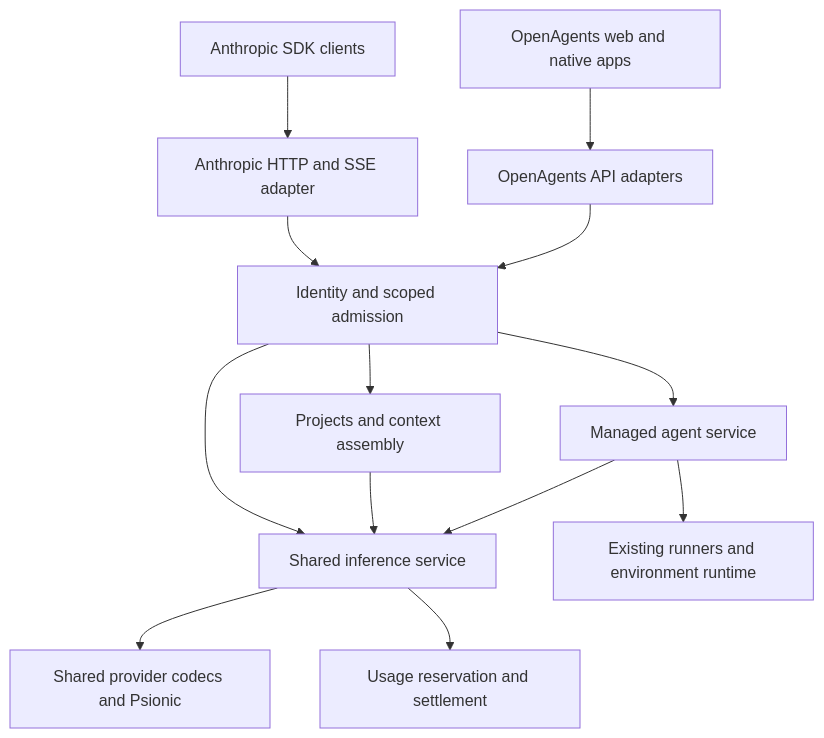
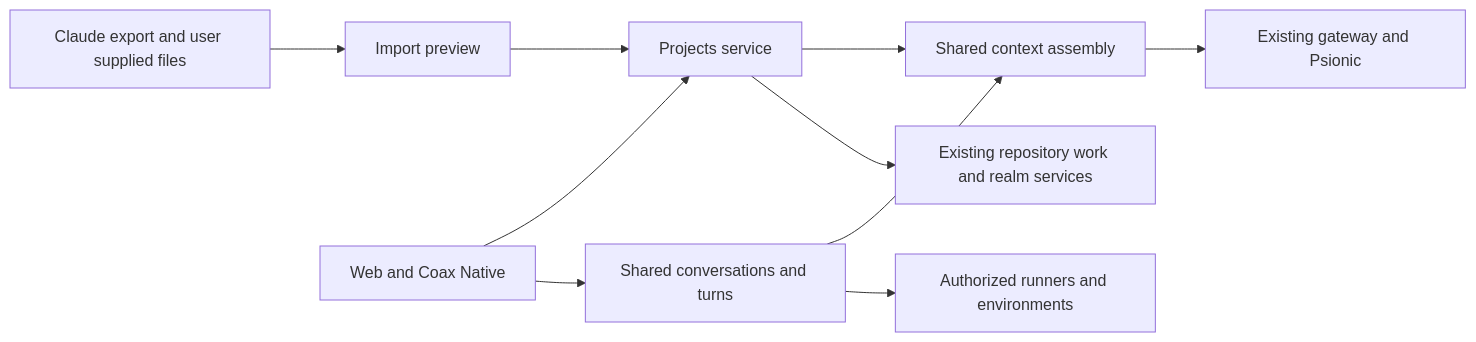
The diagram in docs/anthropic/implementation-plan.md (OpenAgentsInc/openagents), drawn with Mermaid before and after one commit. The commit also changed other lines of this file, not shown here.

First line of the commit message:
docs: define Projects API around easy Claude migration

````diff
--- a/docs/anthropic/implementation-plan.md
+++ b/docs/anthropic/implementation-plan.md
@@ -100,15 +93,12 @@
 ```mermaid
-flowchart TD
-  SDK[Anthropic SDK clients] --> HTTP[Anthropic HTTP and SSE adapter]
-  Apps[OpenAgents web and native apps] --> Native[OpenAgents API adapters]
-  HTTP --> Auth[Identity and scoped admission]
-  Native --> Auth
-  Auth --> Projects[Projects and context assembly]
-  Auth --> Inference[Shared inference service]
-  Projects --> Inference
-  Auth --> Agents[Managed agent service]
-  Agents --> Runtime[Existing runners and environment runtime]
-  Agents --> Inference
-  Inference --> Gateway[Shared provider codecs and Psionic]
-  Inference --> Usage[Usage reservation and settlement]
+flowchart LR
+  Source[Claude export and user supplied files] --> Preview[Import preview]
+  Preview --> Projects[Projects service]
+  Apps[Web and Coax Native] --> Projects
+  Projects --> Context[Shared context assembly]
+  Apps --> Chat[Shared conversations and turns]
+  Chat --> Context
+  Context --> Models[Existing gateway and Psionic]
+  Chat --> Execution[Authorized runners and environments]
+  Projects --> Links[Existing repository work and realm services]
 ```
````
